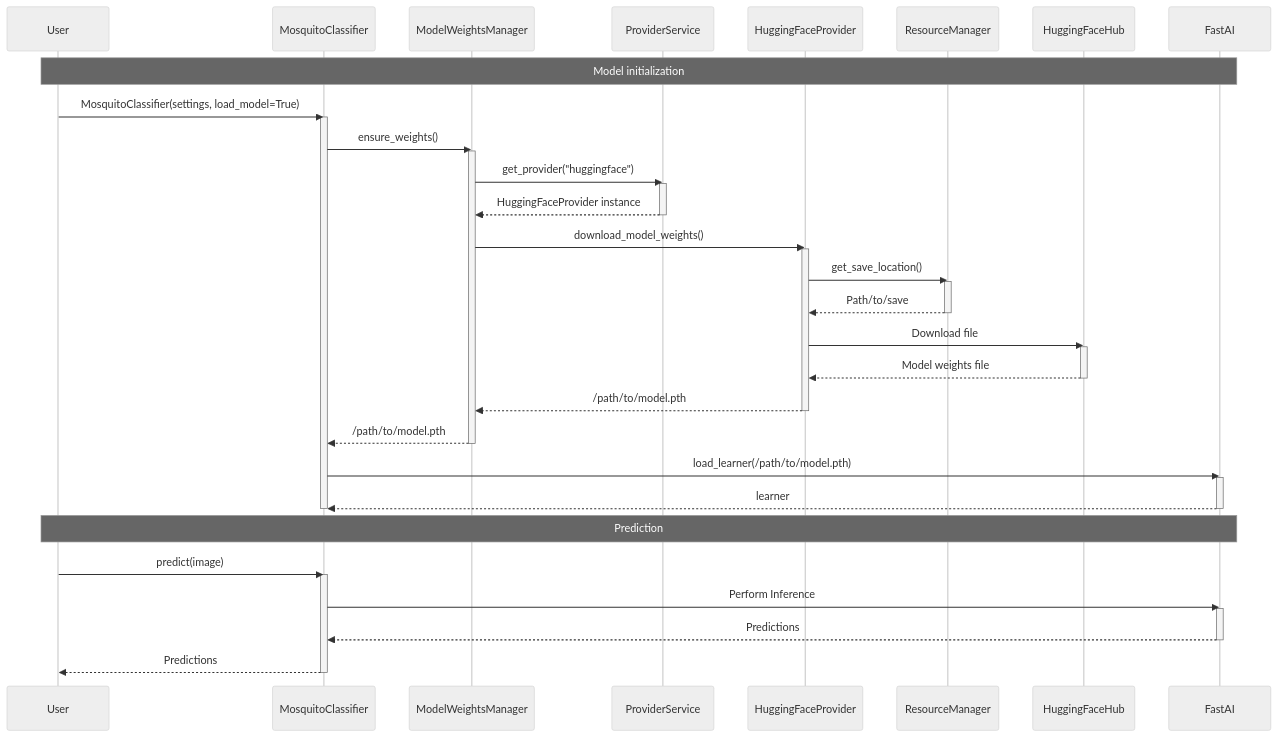
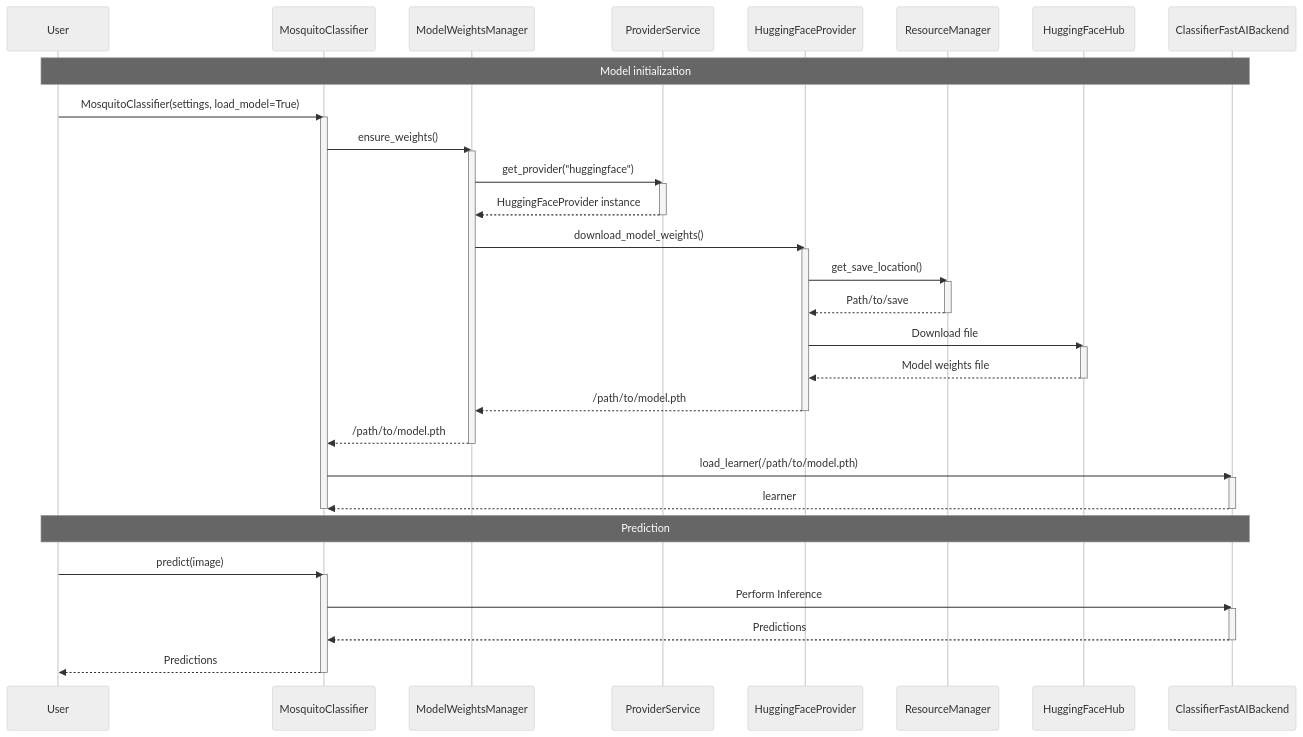
Before and after one commit to iloncka-ds/culicidaelab: the second of 2 diagrams in docs/en/dev_docs/architecture.md, drawn with Mermaid (neutral theme). The commit also changed 3 other files, not shown here.

Commit message:
docs: add changes to docs - updated sequence diagram, added serve api

````diff
--- a/docs/en/dev_docs/architecture.md
+++ b/docs/en/dev_docs/architecture.md
@@ -245,55 +245,55 @@
 ```mermaid
 sequenceDiagram
     participant User
     participant MosquitoClassifier
     participant ModelWeightsManager
     participant ProviderService
     participant HuggingFaceProvider
     participant ResourceManager
     participant HuggingFaceHub
-    participant FastAI
+    participant ClassifierFastAIBackend
 
-	Note over User, FastAI: Model initialization
+	Note over User, ClassifierFastAIBackend: Model initialization
 
     User->>MosquitoClassifier: MosquitoClassifier(settings, load_model=True)
     activate MosquitoClassifier
     MosquitoClassifier->>ModelWeightsManager: ensure_weights()
     activate ModelWeightsManager
 
     ModelWeightsManager->>ProviderService: get_provider("huggingface")
     activate ProviderService
     ProviderService-->>ModelWeightsManager: HuggingFaceProvider instance
     deactivate ProviderService
 
     ModelWeightsManager->>HuggingFaceProvider: download_model_weights()
     activate HuggingFaceProvider
     HuggingFaceProvider->>ResourceManager: get_save_location()
     activate ResourceManager
     ResourceManager-->>HuggingFaceProvider: Path/to/save
     deactivate ResourceManager
     HuggingFaceProvider->>HuggingFaceHub: Download file
     activate HuggingFaceHub
     HuggingFaceHub-->>HuggingFaceProvider: Model weights file
     deactivate HuggingFaceHub
     HuggingFaceProvider-->>ModelWeightsManager: /path/to/model.pth
     deactivate HuggingFaceProvider
     ModelWeightsManager-->>MosquitoClassifier: /path/to/model.pth
     deactivate ModelWeightsManager
-    MosquitoClassifier->>FastAI: load_learner(/path/to/model.pth)
-    activate FastAI
-    FastAI-->>MosquitoClassifier: learner
-    deactivate FastAI
+    MosquitoClassifier->>ClassifierFastAIBackend: load_learner(/path/to/model.pth)
+    activate ClassifierFastAIBackend
+    ClassifierFastAIBackend-->>MosquitoClassifier: learner
+    deactivate ClassifierFastAIBackend
     deactivate MosquitoClassifier
 
-    Note over User, FastAI: Prediction
+    Note over User, ClassifierFastAIBackend: Prediction
 
     User->>MosquitoClassifier: predict(image)
     activate MosquitoClassifier
-    MosquitoClassifier->>FastAI: Perform Inference
-    activate FastAI
-    FastAI-->>MosquitoClassifier: Predictions
-    deactivate FastAI
+    MosquitoClassifier->>ClassifierFastAIBackend: Perform Inference
+    activate ClassifierFastAIBackend
+    ClassifierFastAIBackend-->>MosquitoClassifier: Predictions
+    deactivate ClassifierFastAIBackend
     MosquitoClassifier-->>User: Predictions
     deactivate MosquitoClassifier
 
 ```
````
